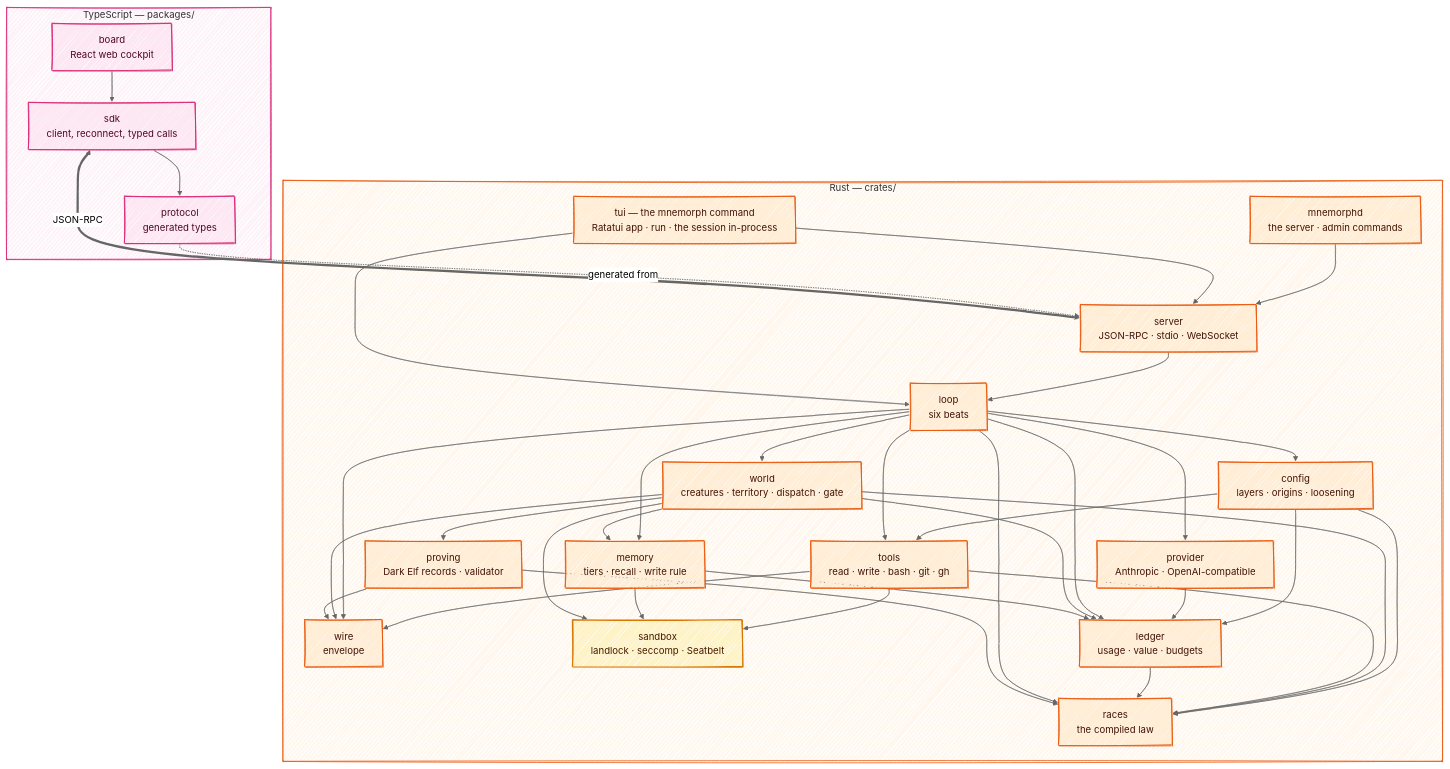
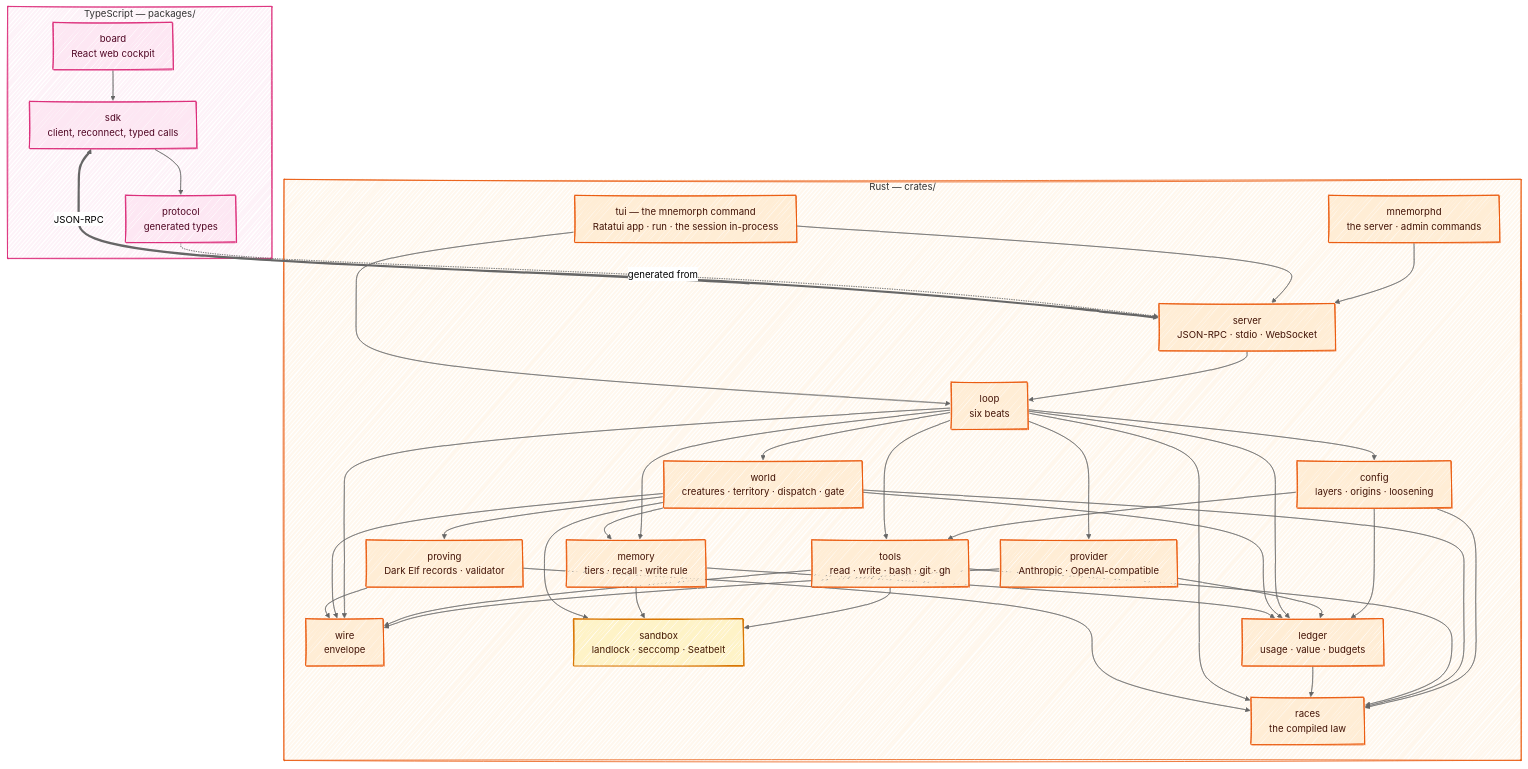
Before and after one commit to Kaginari/mnemorph: the first of 3 diagrams in docs/05-architecture.md, drawn with Mermaid. The commit also changed other lines of this file and 25 other files, not shown here.

````diff
--- a/docs/05-architecture.md
+++ b/docs/05-architecture.md
@@ -5,68 +5,69 @@
 ```mermaid
 ---
 config:
   look: handDrawn
   theme: neutral
   flowchart:
     wrappingWidth: 360
 ---
 flowchart TB
     subgraph ts["TypeScript — packages/"]
       BOARD["board<br/>React web cockpit"]
       SDK["sdk<br/>client, reconnect, typed calls"]
       PROTO["protocol<br/>generated types"]
       BOARD --> SDK
       SDK --> PROTO
     end
     subgraph rs["Rust — crates/"]
       TUI["tui — the mnemorph command<br/>Ratatui app · run · the session in-process"]
       D["mnemorphd<br/>the server · admin commands"]
       SERVER["server<br/>JSON-RPC · stdio · WebSocket"]
       LOOP["loop<br/>six beats"]
       WORLD["world<br/>creatures · territory · dispatch · gate"]
       RACES["races<br/>the compiled law"]
       WIRE["wire<br/>envelope"]
       TOOLS["tools<br/>read · write · bash · git · gh"]
       SANDBOX["sandbox<br/>landlock · seccomp · Seatbelt"]
       PROV["provider<br/>Anthropic · OpenAI-compatible"]
       LEDGER["ledger<br/>usage · value · budgets"]
       MEM["memory<br/>tiers · recall · write rule"]
       CONFIG["config<br/>layers · origins · loosening"]
       PROVING["proving<br/>Dark Elf records · validator"]
       SERVER --> LOOP
       D --> SERVER
       TUI --> SERVER
       TUI --> LOOP
       LOOP --> CONFIG --> TOOLS
       CONFIG --> RACES
       CONFIG --> LEDGER
       LOOP --> WORLD --> RACES
       LOOP --> PROV --> LEDGER
+      PROV --> WIRE
       LOOP --> TOOLS --> SANDBOX
       TOOLS --> RACES
       TOOLS --> WIRE
       LOOP --> LEDGER --> RACES
       LOOP --> MEM
       LOOP --> RACES
       LOOP --> WIRE
       WORLD --> WIRE
       WORLD --> LEDGER
       WORLD --> MEM
       MEM --> LEDGER
       MEM --> SANDBOX
       WORLD --> SANDBOX
       WORLD --> PROVING
       PROVING --> WIRE
       PROVING --> RACES
     end
     PROTO -. generated from .-> SERVER
     SDK <==>|JSON-RPC| SERVER
     classDef ts fill:#fde7f3,stroke:#db2777,stroke-width:1.5px,color:#500724
     class BOARD,SDK,PROTO ts
     classDef rs fill:#ffedd5,stroke:#ea580c,stroke-width:1.5px,color:#431407
     class TUI,D,SERVER,LOOP,WORLD,RACES,WIRE,TOOLS,PROV,LEDGER,MEM,CONFIG,PROVING rs
     classDef gate fill:#fef3c7,stroke:#d97706,stroke-width:2px,color:#451a03
     class SANDBOX gate
     style ts fill:#fdf2f8,stroke:#db2777
     style rs fill:#fff7ed,stroke:#ea580c
 ```
````
